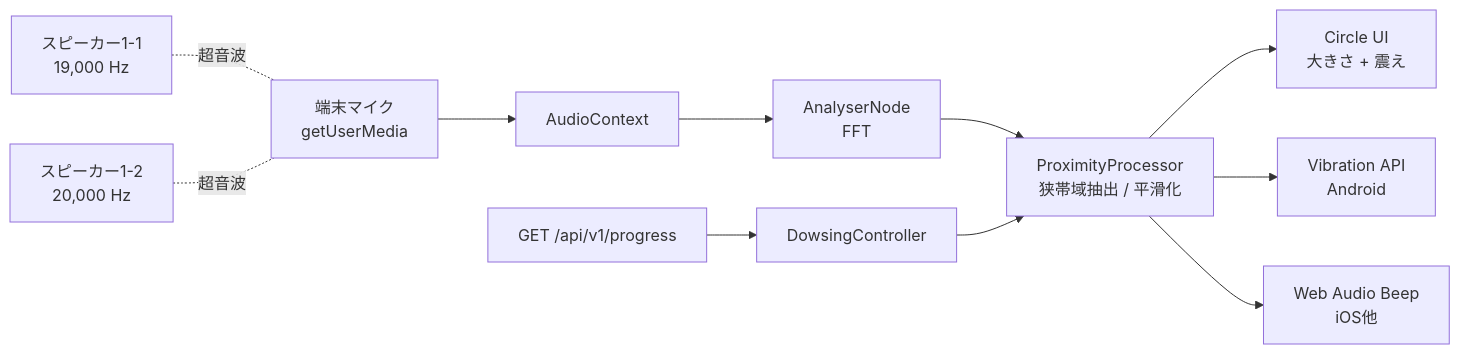
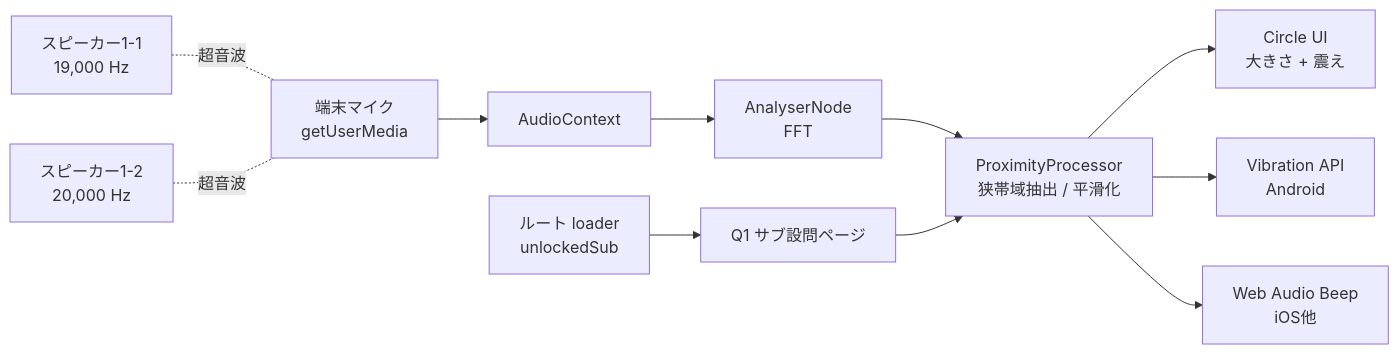
The second of 3 diagrams in specs/dowsing-spec.md (gdsc-osaka/icho26), drawn with Mermaid before and after one commit. The commit also changed other lines of this file, not shown here.

Commit message:
docs(dowsing): rewrite spec to fit page-transition flow without new APIs

````diff
--- a/specs/dowsing-spec.md
+++ b/specs/dowsing-spec.md
@@ -68,13 +77,13 @@
 ```mermaid
 flowchart LR
 spk1[スピーカー1-1<br/>19,000 Hz] -.超音波.- mic
 spk2[スピーカー1-2<br/>20,000 Hz] -.超音波.- mic
 mic[端末マイク<br/>getUserMedia] --> audioCtx[AudioContext]
 audioCtx --> analyser[AnalyserNode<br/>FFT]
 analyser --> processor[ProximityProcessor<br/>狭帯域抽出 / 平滑化]
 processor --> ui[Circle UI<br/>大きさ + 震え]
 processor --> vib[Vibration API<br/>Android]
 processor --> beep[Web Audio Beep<br/>iOS他]
-serverApi[GET /api/v1/progress] --> ctrl[DowsingController]
-ctrl --> processor
+loader[ルート loader<br/>unlockedSub] --> page[Q1 サブ設問ページ]
+page --> processor
 ```
````
